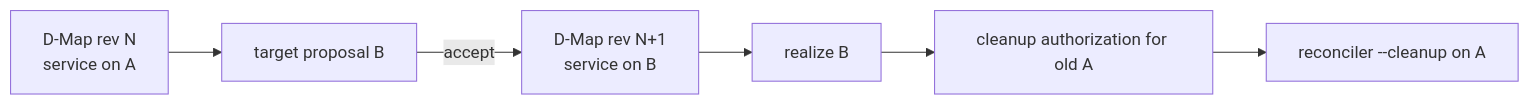
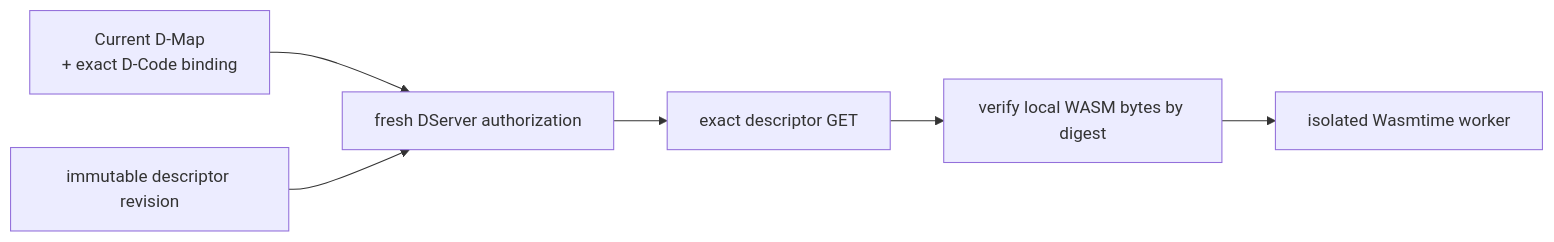
One commit to dnredson/datum-docs changed the third of 4 diagrams in docs/tutorials/runtime-realization.md. Above: the diagram before and after it, drawn with Mermaid. The commit also changed other lines of this file, not shown here.

````diff
--- a/docs/tutorials/runtime-realization.md
+++ b/docs/tutorials/runtime-realization.md
@@ -181,8 +96,8 @@
 ```mermaid
 flowchart LR
-    A["D-Map rev N\nservice on A"] --> P["target proposal B"]
-    P -->|"accept"| B["D-Map rev N+1\nservice on B"]
-    B --> RB["realize B"]
-    RB --> CA["cleanup authorization for old A"]
-    CA --> CL["reconciler --cleanup on A"]
+    MAP["Current D-Map\n+ exact D-Code binding"] --> AUTH["fresh DServer authorization"]
+    REG["immutable descriptor revision"] --> AUTH
+    AUTH --> GET["exact descriptor GET"]
+    GET --> BYTES["verify local WASM bytes by digest"]
+    BYTES --> WORKER["isolated Wasmtime worker"]
 ```
````
